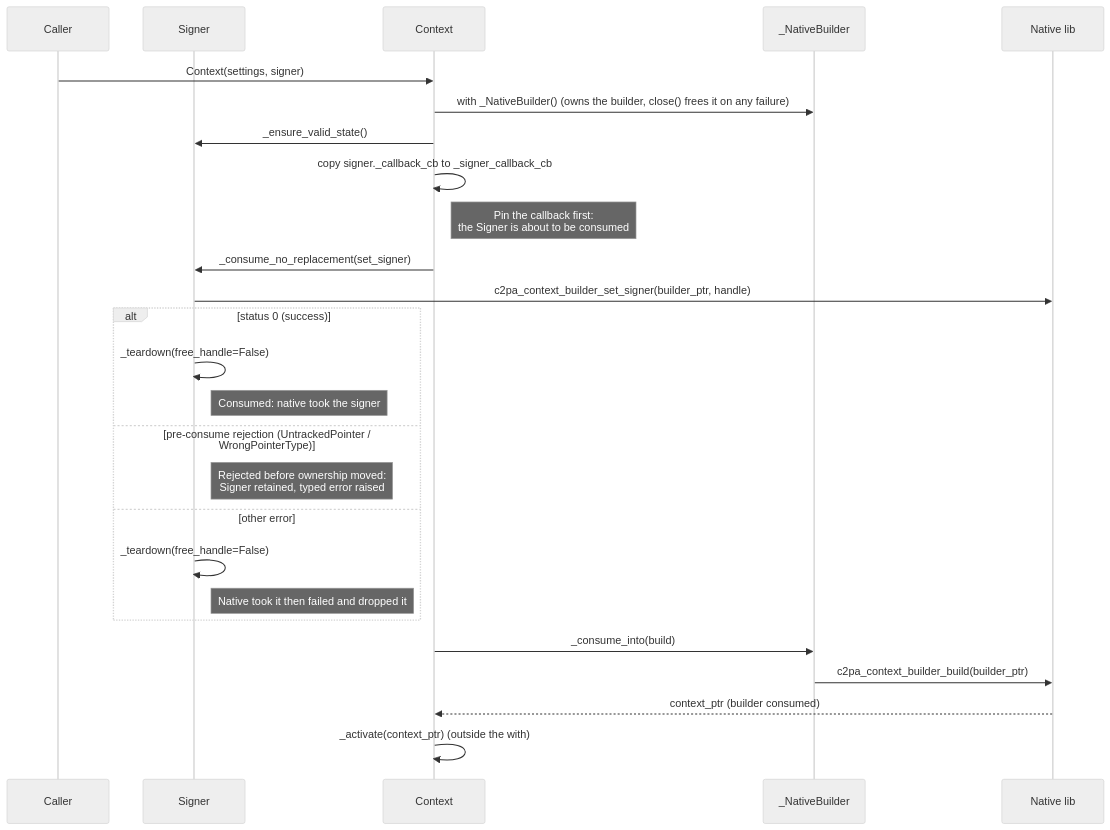
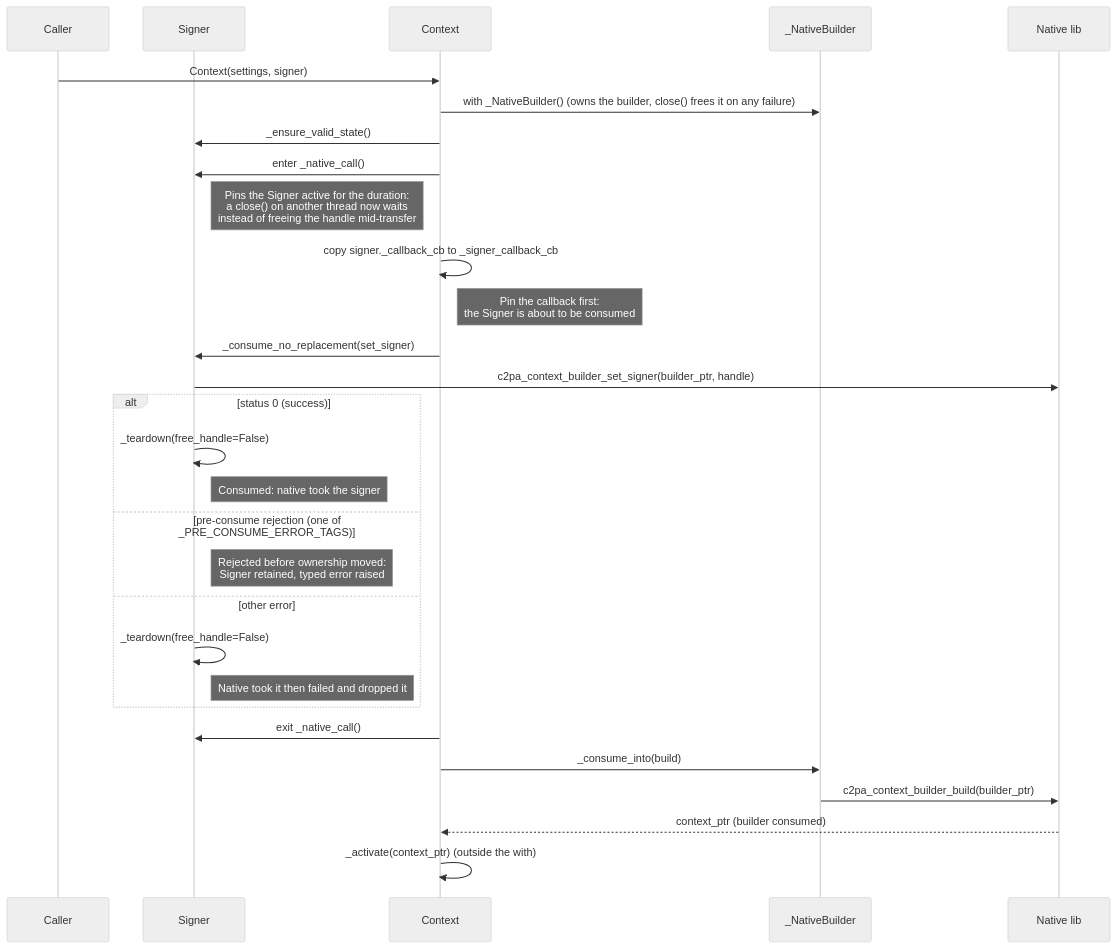
One commit to contentauth/c2pa-python changed the sixth of 9 diagrams in docs/native-resources-management.md. Above: the diagram before and after it, drawn with Mermaid (neutral theme). The commit also changed other lines of this file, not shown here.

````diff
--- a/docs/native-resources-management.md
+++ b/docs/native-resources-management.md
@@ -330,31 +344,34 @@
 ```mermaid
 sequenceDiagram
     participant C as Caller
     participant S as Signer
     participant X as Context
     participant B as _NativeBuilder
     participant N as Native lib
 
     C->>X: Context(settings, signer)
     X->>B: with _NativeBuilder() (owns the builder, close() frees it on any failure)
     X->>S: _ensure_valid_state()
+    X->>S: enter _native_call()
+    Note right of S: Pins the Signer active for the duration:<br/>a close() on another thread now waits<br/>instead of freeing the handle mid-transfer
     X->>X: copy signer._callback_cb to _signer_callback_cb
     Note right of X: Pin the callback first:<br/>the Signer is about to be consumed
     X->>S: _consume_no_replacement(set_signer)
     S->>N: c2pa_context_builder_set_signer(builder_ptr, handle)
 
     alt status 0 (success)
         S->>S: _teardown(free_handle=False)
         Note right of S: Consumed: native took the signer
-    else pre-consume rejection (UntrackedPointer / WrongPointerType)
+    else pre-consume rejection (one of _PRE_CONSUME_ERROR_TAGS)
         Note right of S: Rejected before ownership moved:<br/>Signer retained, typed error raised
     else other error
         S->>S: _teardown(free_handle=False)
         Note right of S: Native took it then failed and dropped it
     end
+    X->>S: exit _native_call()
 
     X->>B: _consume_into(build)
     B->>N: c2pa_context_builder_build(builder_ptr)
     N-->>X: context_ptr (builder consumed)
     X->>X: _activate(context_ptr) (outside the with)
 ```
````
